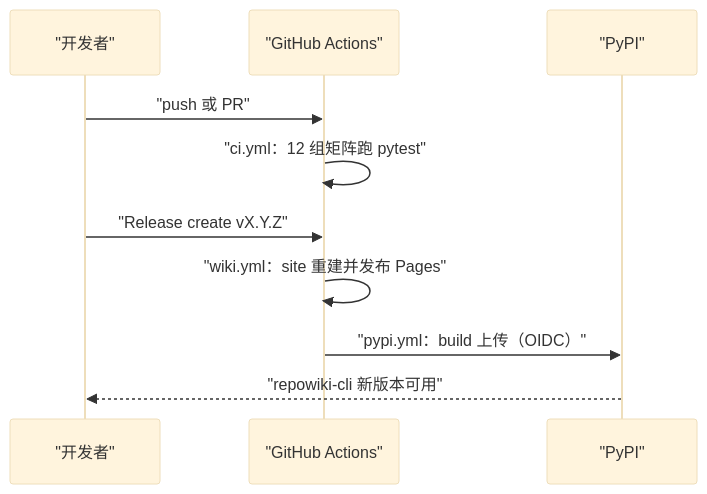
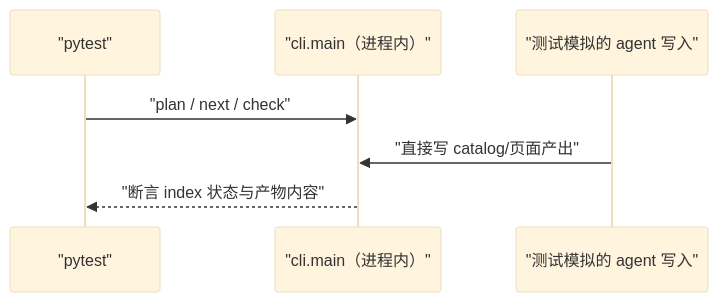
Before and after one commit to luomsis/repowiki: the first of 2 diagrams in .repowiki/zh/content/测试与工程化/测试与工程化.md, drawn with Mermaid (base theme). The commit also changed other lines of this file and 100 other files, not shown here.

````diff
--- a/.repowiki/zh/content/测试与工程化/测试与工程化.md
+++ b/.repowiki/zh/content/测试与工程化/测试与工程化.md
@@ -107,12 +63,9 @@
 ```mermaid
 sequenceDiagram
-participant Dev as "开发者"
-participant GH as "GitHub Actions"
-participant PyPI as "PyPI"
-Dev->>GH : "push 或 PR"
-GH->>GH : "ci.yml：12 组矩阵跑 pytest"
-Dev->>GH : "Release create vX.Y.Z"
-GH->>GH : "wiki.yml：site 重建并发布 Pages"
-GH->>PyPI : "pypi.yml：build 上传（OIDC）"
-PyPI-->>Dev : "repowiki-cli 新版本可用"
+participant T as "pytest"
+participant M as "cli.main（进程内）"
+participant A as "测试模拟的 agent 写入"
+T->>M : "plan / next / check"
+A->>M : "直接写 catalog/页面产出"
+M-->>T : "断言 index 状态与产物内容"
 ```
````
